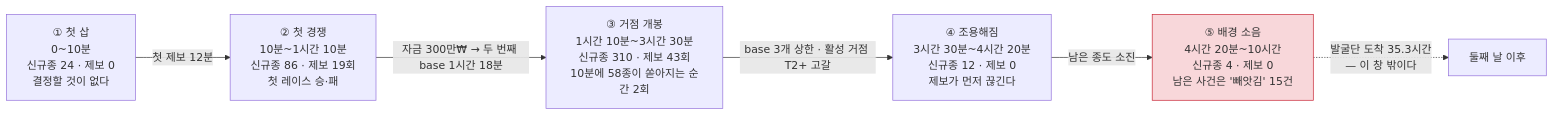
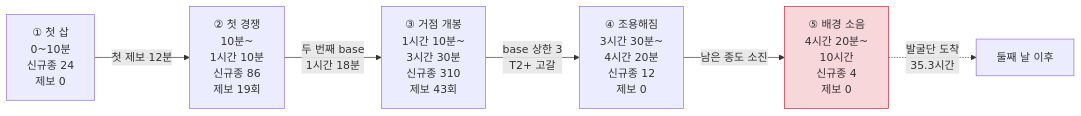
Before and after one commit to buildon99x/proto: the first of 6 diagrams in projects/relic-king/notes/play-first-10h.md, drawn with Mermaid. The commit also changed other lines of this file, not shown here.

First line of the commit message:
docs(relic-king): 첫 10시간 다이어그램 6장 렌더 검증 후 가독성 수정

````diff
--- a/projects/relic-king/notes/play-first-10h.md
+++ b/projects/relic-king/notes/play-first-10h.md
@@ -49,16 +49,17 @@
 ```mermaid
 flowchart LR
-    P1["① 첫 삽<br/>0~10분<br/>신규종 24 · 제보 0<br/>결정할 것이 없다"]
-    P2["② 첫 경쟁<br/>10분~1시간 10분<br/>신규종 86 · 제보 19회<br/>첫 레이스 승·패"]
-    P3["③ 거점 개봉<br/>1시간 10분~3시간 30분<br/>신규종 310 · 제보 43회<br/>10분에 58종이 쏟아지는 순간 2회"]
-    P4["④ 조용해짐<br/>3시간 30분~4시간 20분<br/>신규종 12 · 제보 0<br/>제보가 먼저 끊긴다"]
-    P5["⑤ 배경 소음<br/>4시간 20분~10시간<br/>신규종 4 · 제보 0<br/>남은 사건은 '빼앗김' 15건"]
+    P1["① 첫 삽<br/>0~10분<br/>신규종 24<br/>제보 0"]
+    P2["② 첫 경쟁<br/>10분~<br/>1시간 10분<br/>신규종 86<br/>제보 19회"]
+    P3["③ 거점 개봉<br/>1시간 10분~<br/>3시간 30분<br/>신규종 310<br/>제보 43회"]
+    P4["④ 조용해짐<br/>3시간 30분~<br/>4시간 20분<br/>신규종 12<br/>제보 0"]
+    P5["⑤ 배경 소음<br/>4시간 20분~<br/>10시간<br/>신규종 4<br/>제보 0"]
+    OUT["둘째 날 이후"]
 
     P1 -->|"첫 제보 12분"| P2
-    P2 -->|"자금 300만₩ → 두 번째 base 1시간 18분"| P3
-    P3 -->|"base 3개 상한 · 활성 거점 T2+ 고갈"| P4
+    P2 -->|"두 번째 base<br/>1시간 18분"| P3
+    P3 -->|"base 상한 3<br/>T2+ 고갈"| P4
     P4 -->|"남은 종도 소진"| P5
-    P5 -.->|"발굴단 도착 35.3시간<br/>— 이 창 밖이다"| OUT["둘째 날 이후"]
+    P5 -.->|"발굴단 도착<br/>35.3시간"| OUT
 
     style P5 fill:#f8d7da,stroke:#c82333
 ```
````
